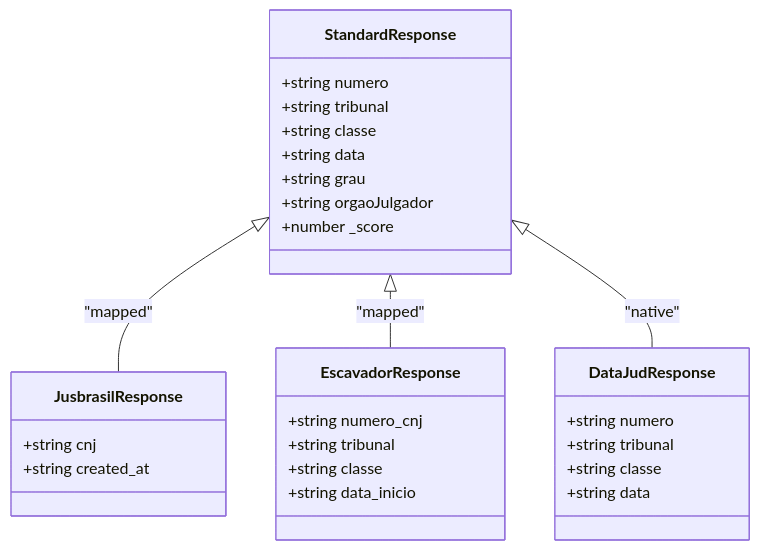
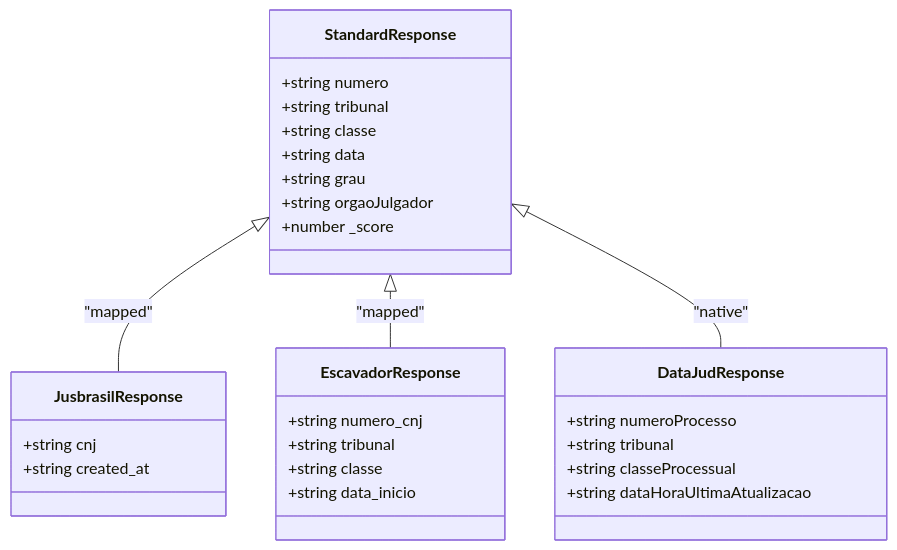
One commit to Alexandrexicara/bot-processos changed diagram 18 of 20 in .qoder/repowiki/en/content/API Integration Layer/Premium Paid Service Integration.md. Above: the diagram before and after it, drawn with Mermaid. The commit also changed other lines of this file and 10 other files, not shown here.

````diff
--- a/.qoder/repowiki/en/content/API Integration Layer/Premium Paid Service Integration.md
+++ b/.qoder/repowiki/en/content/API Integration Layer/Premium Paid Service Integration.md
@@ -668,31 +733,31 @@
 ```mermaid
 classDiagram
 class StandardResponse {
 +string numero
 +string tribunal
 +string classe
 +string data
 +string grau
 +string orgaoJulgador
 +number _score
 }
 class JusbrasilResponse {
 +string cnj
 +string created_at
 }
 class EscavadorResponse {
 +string numero_cnj
 +string tribunal
 +string classe
 +string data_inicio
 }
 class DataJudResponse {
-+string numero
++string numeroProcesso
 +string tribunal
-+string classe
-+string data
++string classeProcessual
++string dataHoraUltimaAtualizacao
 }
 StandardResponse <|-- JusbrasilResponse : "mapped"
 StandardResponse <|-- EscavadorResponse : "mapped"
 StandardResponse <|-- DataJudResponse : "native"
 ```
````
